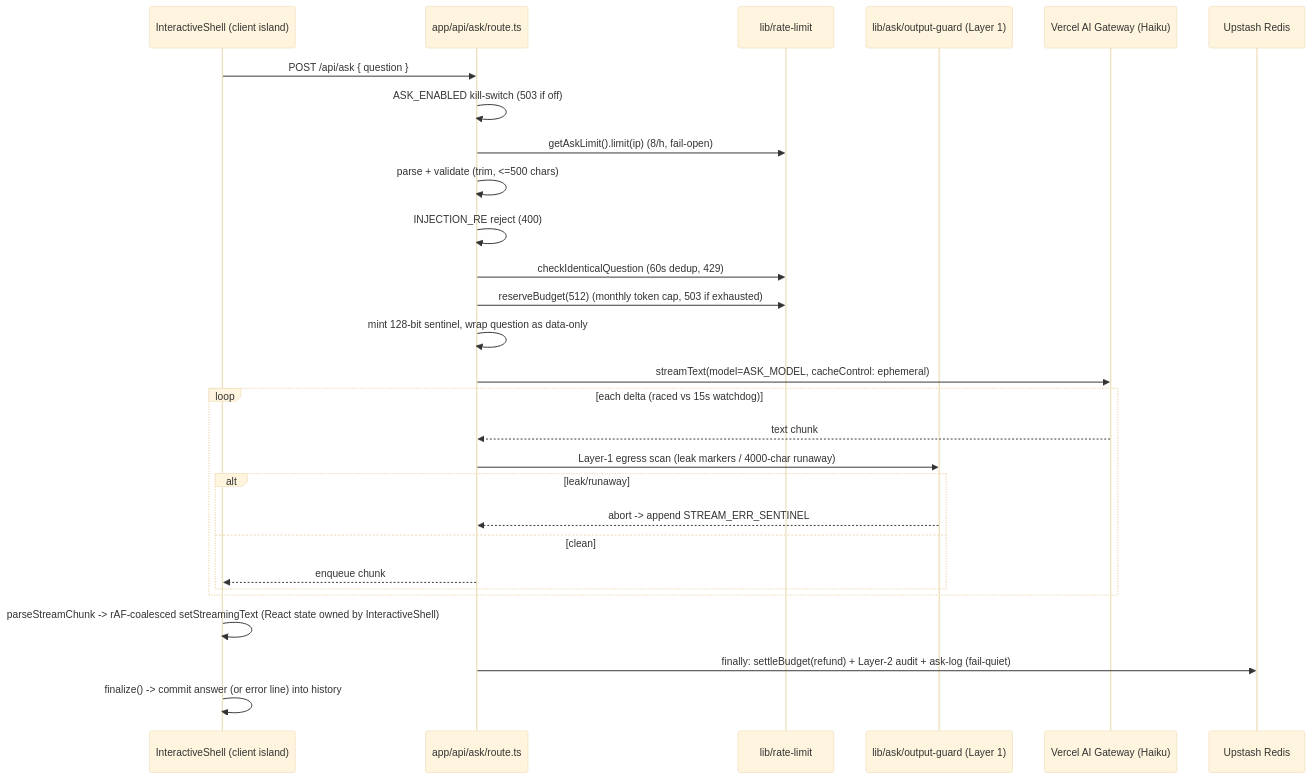
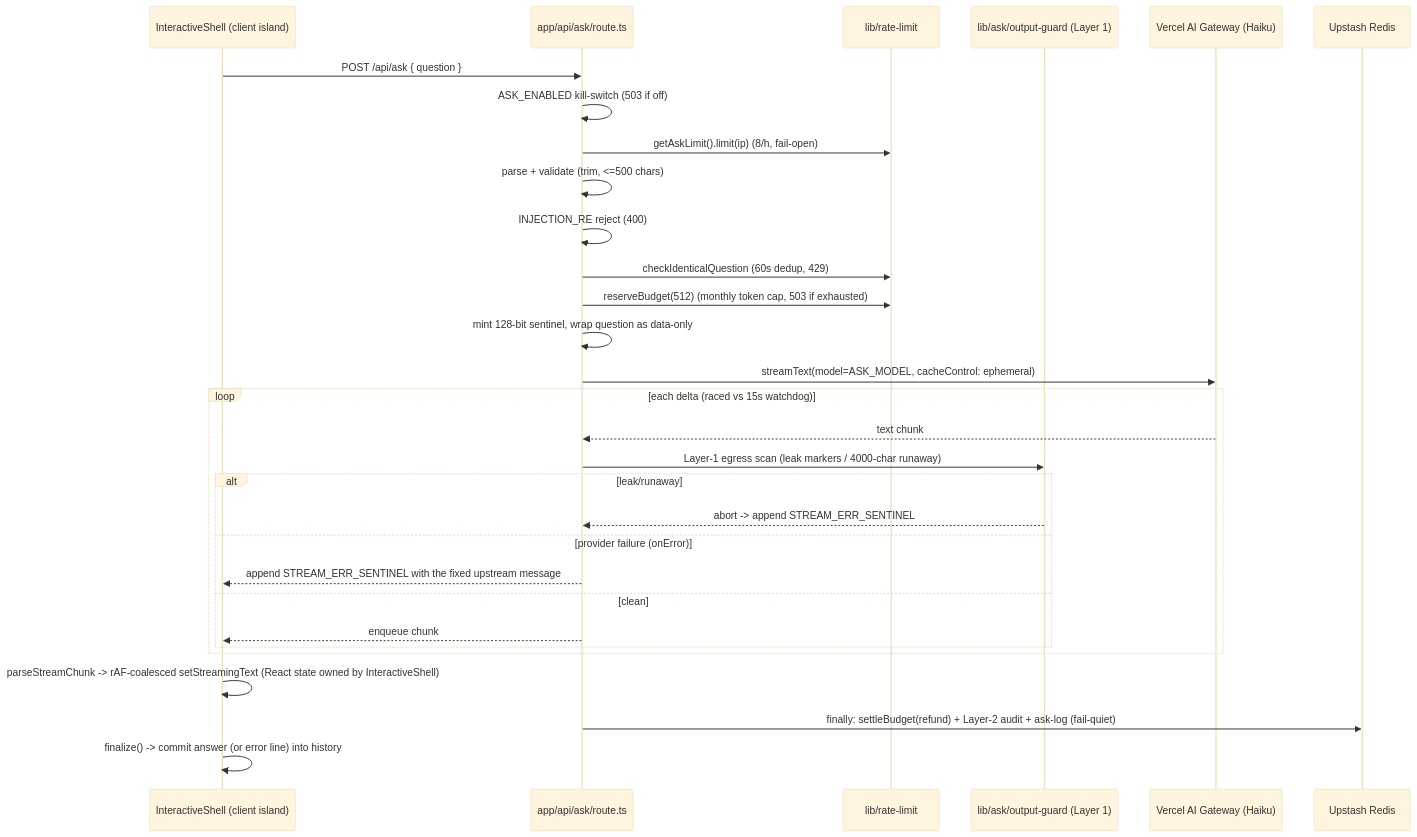
One commit to erikunha/portfolio changed the fourth of 6 diagrams in docs/03-rendering-and-data-flow.md. Above: the diagram before and after it, drawn with Mermaid (base theme). The commit also changed 9 other files, not shown here.

First line of the commit message:
fix(ask): answer a model-provider failure with a fixed message, never an empty answer

````diff
--- a/docs/03-rendering-and-data-flow.md
+++ b/docs/03-rendering-and-data-flow.md
@@ -127,31 +127,33 @@
 ```mermaid
 sequenceDiagram
     participant U as InteractiveShell (client island)
     participant R as app/api/ask/route.ts
     participant RL as lib/rate-limit
     participant G as lib/ask/output-guard (Layer 1)
     participant AI as Vercel AI Gateway (Haiku)
     participant KV as Upstash Redis
 
     U->>R: POST /api/ask { question }
     R->>R: ASK_ENABLED kill-switch (503 if off)
     R->>RL: getAskLimit().limit(ip)  (8/h, fail-open)
     R->>R: parse + validate (trim, <=500 chars)
     R->>R: INJECTION_RE reject (400)
     R->>RL: checkIdenticalQuestion (60s dedup, 429)
     R->>RL: reserveBudget(512)  (monthly token cap, 503 if exhausted)
     R->>R: mint 128-bit sentinel, wrap question as data-only
     R->>AI: streamText(model=ASK_MODEL, cacheControl: ephemeral)
     loop each delta (raced vs 15s watchdog)
         AI-->>R: text chunk
         R->>G: Layer-1 egress scan (leak markers / 4000-char runaway)
         alt leak/runaway
             G-->>R: abort -> append STREAM_ERR_SENTINEL
+        else provider failure (onError)
+            R-->>U: append STREAM_ERR_SENTINEL with the fixed upstream message
         else clean
             R-->>U: enqueue chunk
         end
     end
     U->>U: parseStreamChunk -> rAF-coalesced setStreamingText (React state owned by InteractiveShell)
     R->>KV: finally: settleBudget(refund) + Layer-2 audit + ask-log (fail-quiet)
     U->>U: finalize() -> commit answer (or error line) into history
 ```
````
